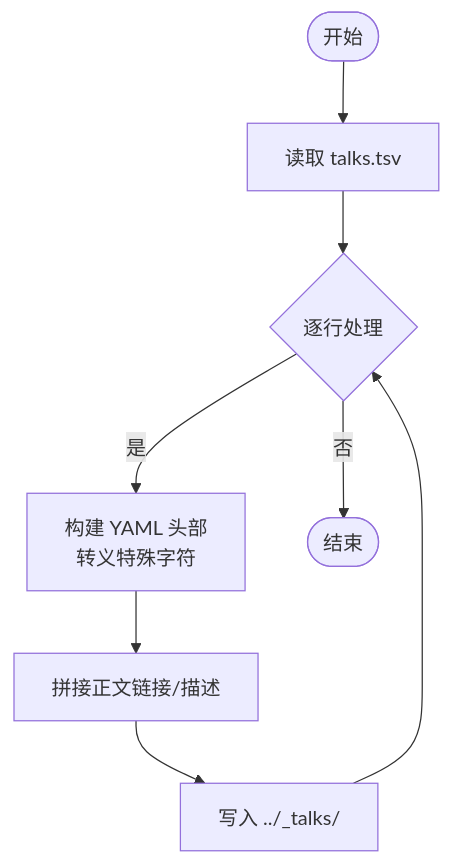
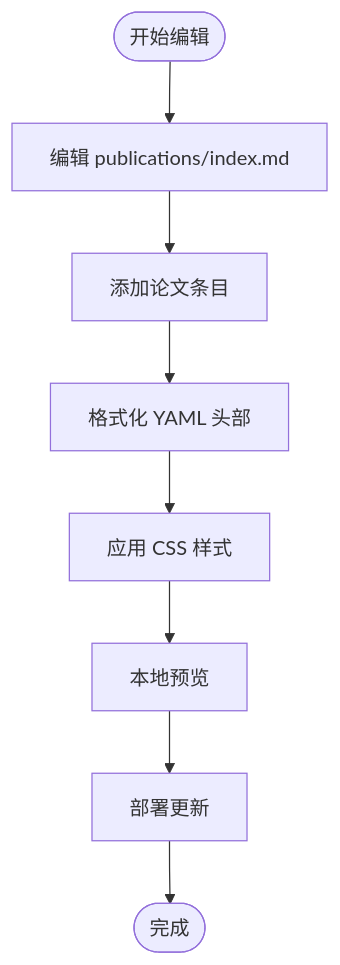
The third of 5 diagrams in .qoder/repowiki/zh/content/数据处理和自动化/Markdown 生成工具.md (CoolPig0720/CoolPig0720.github.io), drawn with Mermaid before and after one commit. The commit also changed other lines of this file and 36 other files, not shown here.

````diff
--- a/.qoder/repowiki/zh/content/数据处理和自动化/Markdown 生成工具.md
+++ b/.qoder/repowiki/zh/content/数据处理和自动化/Markdown 生成工具.md
@@ -193,10 +148,10 @@
 ```mermaid
 flowchart TD
-Start(["开始"]) --> Read["读取 talks.tsv"]
-Read --> Loop{"逐行处理"}
-Loop --> |是| BuildYaml["构建 YAML 头部<br/>转义特殊字符"]
-BuildYaml --> BuildBody["拼接正文链接/描述"]
-BuildBody --> Write["写入 ../_talks/"]
-Write --> Loop
-Loop --> |否| End(["结束"])
+Start(["开始编辑"]) --> Edit["编辑 publications/index.md"]
+Edit --> Add["添加论文条目"]
+Add --> Format["格式化 YAML 头部"]
+Format --> Style["应用 CSS 样式"]
+Style --> Preview["本地预览"]
+Preview --> Deploy["部署更新"]
+Deploy --> End(["完成"])
 ```
````
